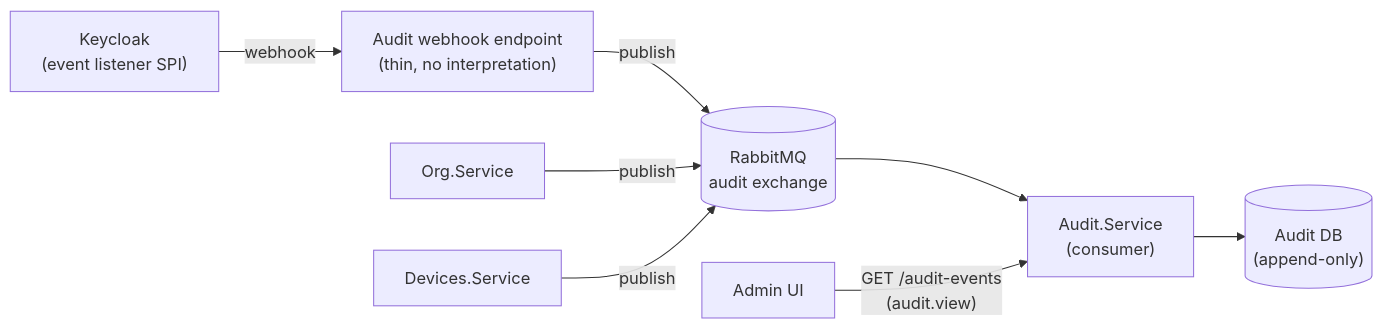
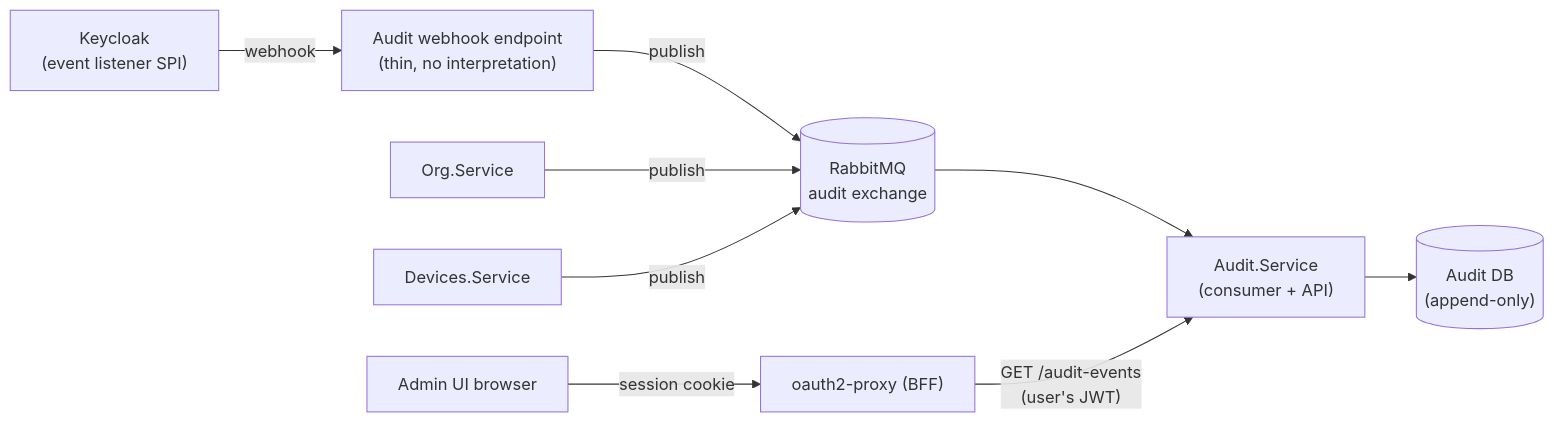
Before and after one commit to dzaba1/HomeSecurity: the diagram in docs/architecture/16-auditing-and-compliance.md, drawn with Mermaid. The commit also changed other lines of this file, not shown here.

First line of the commit message:
docs: expand Audit.Service's admin read API in the auditing doc

````diff
--- a/docs/architecture/16-auditing-and-compliance.md
+++ b/docs/architecture/16-auditing-and-compliance.md
@@ -118,10 +117,11 @@
 ```mermaid
 flowchart LR
   KC["Keycloak\n(event listener SPI)"] -->|webhook| WH["Audit webhook endpoint\n(thin, no interpretation)"]
   WH -->|publish| EX[("RabbitMQ\naudit exchange")]
   Org["Org.Service"] -->|publish| EX
   Dev["Devices.Service"] -->|publish| EX
-  EX --> AS["Audit.Service\n(consumer)"]
+  EX --> AS["Audit.Service\n(consumer + API)"]
   AS --> DB[("Audit DB\n(append-only)")]
-  Admin["Admin UI"] -->|"GET /audit-events\n(audit.view)"| AS
+  Browser["Admin UI browser"] -->|"session cookie"| BFF["oauth2-proxy (BFF)"]
+  BFF -->|"GET /audit-events\n(user's JWT)"| AS
 ```
````
